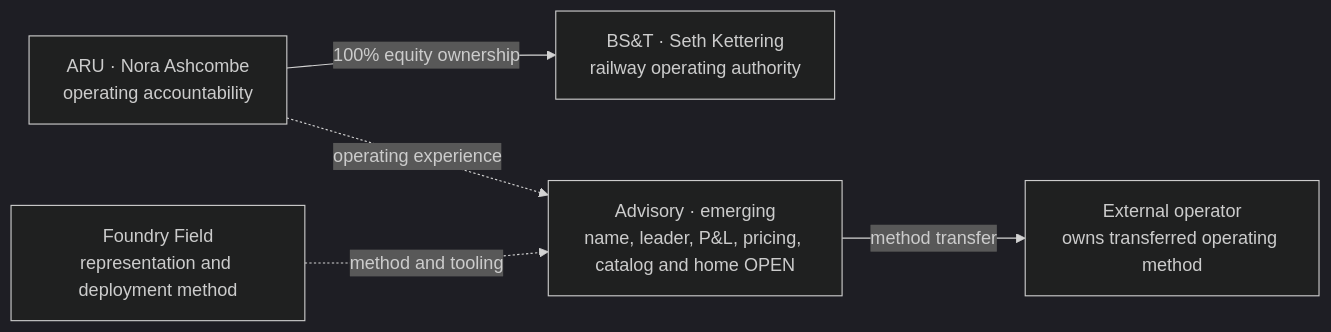
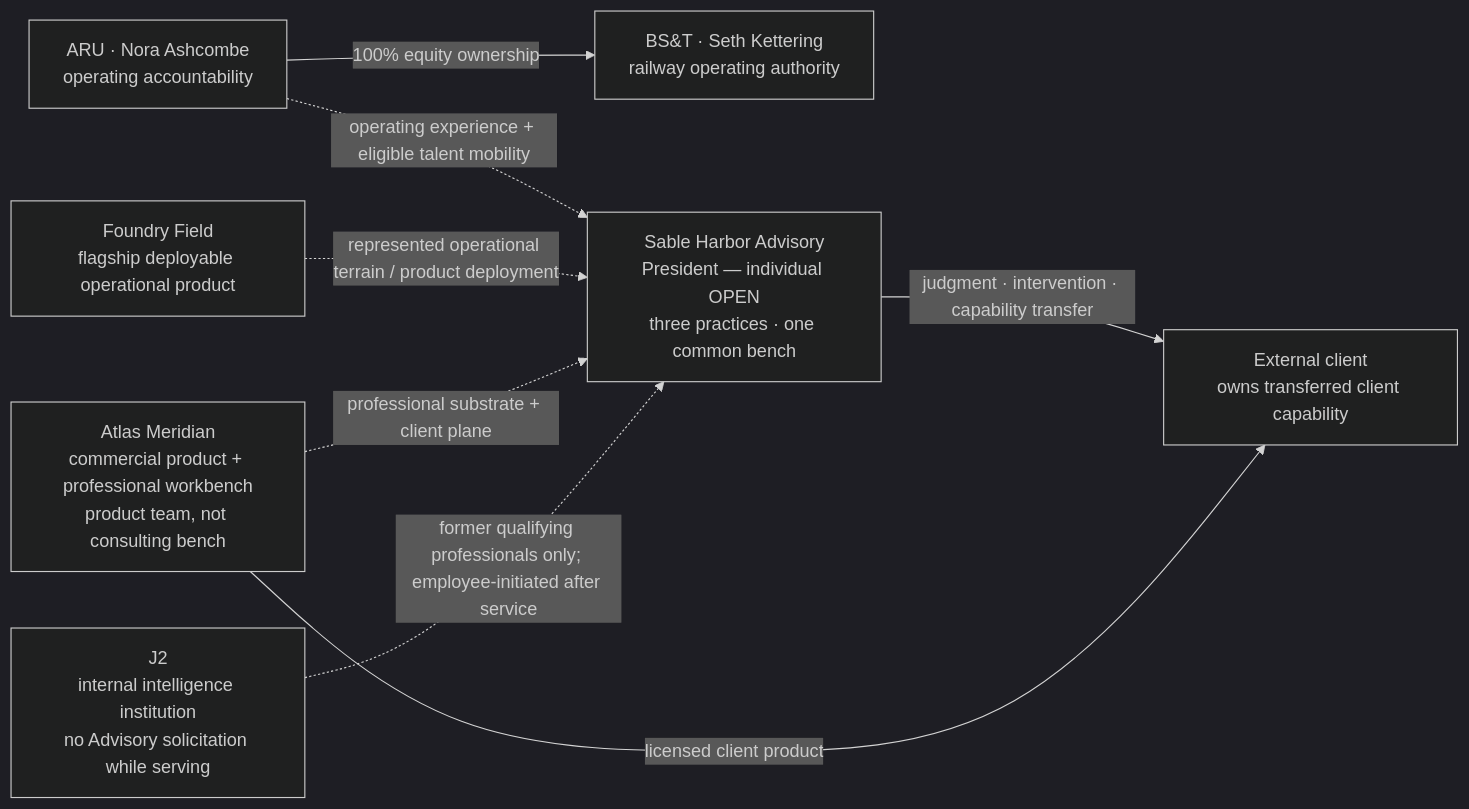
One commit to SquirmyWormy275/SABLEHARBOR changed the diagram in docs/organization/ARU_BST_AND_ADVISORY.md. Above: the diagram before and after it, drawn with Mermaid (dark theme). The commit also changed other lines of this file, not shown here.

Commit message:
Reconcile Advisory organization map with closeout

````diff
--- a/docs/organization/ARU_BST_AND_ADVISORY.md
+++ b/docs/organization/ARU_BST_AND_ADVISORY.md
@@ -13,12 +13,18 @@
 ```mermaid
 flowchart LR
     ARU["ARU · Nora Ashcombe<br/>operating accountability"]
     BST["BS&T · Seth Kettering<br/>railway operating authority"]
-    FIELD["Foundry Field<br/>representation and deployment method"]
-    ADV["Advisory · emerging<br/>name, leader, P&L, pricing, catalog and home OPEN"]
-    CLIENT["External operator<br/>owns transferred operating method"]
+    FIELD["Foundry Field<br/>flagship deployable operational product"]
+    ATLAS["Atlas Meridian<br/>commercial product + professional workbench<br/>product team, not consulting bench"]
+    J2["J2<br/>internal intelligence institution<br/>no Advisory solicitation while serving"]
+    ADV["Sable Harbor Advisory<br/>President — individual OPEN<br/>three practices · one common bench"]
+    CLIENT["External client<br/>owns transferred client capability"]
+
     ARU -->|100% equity ownership| BST
-    ARU -.->|operating experience| ADV
-    FIELD -.->|method and tooling| ADV
-    ADV -->|method transfer| CLIENT
+    ARU -.->|operating experience + eligible talent mobility| ADV
+    FIELD -.->|represented operational terrain / product deployment| ADV
+    ATLAS -.->|professional substrate + client plane| ADV
+    J2 -.->|former qualifying professionals only; employee-initiated after service| ADV
+    ADV -->|judgment · intervention · capability transfer| CLIENT
+    ATLAS -->|licensed client product| CLIENT
 ```
````
